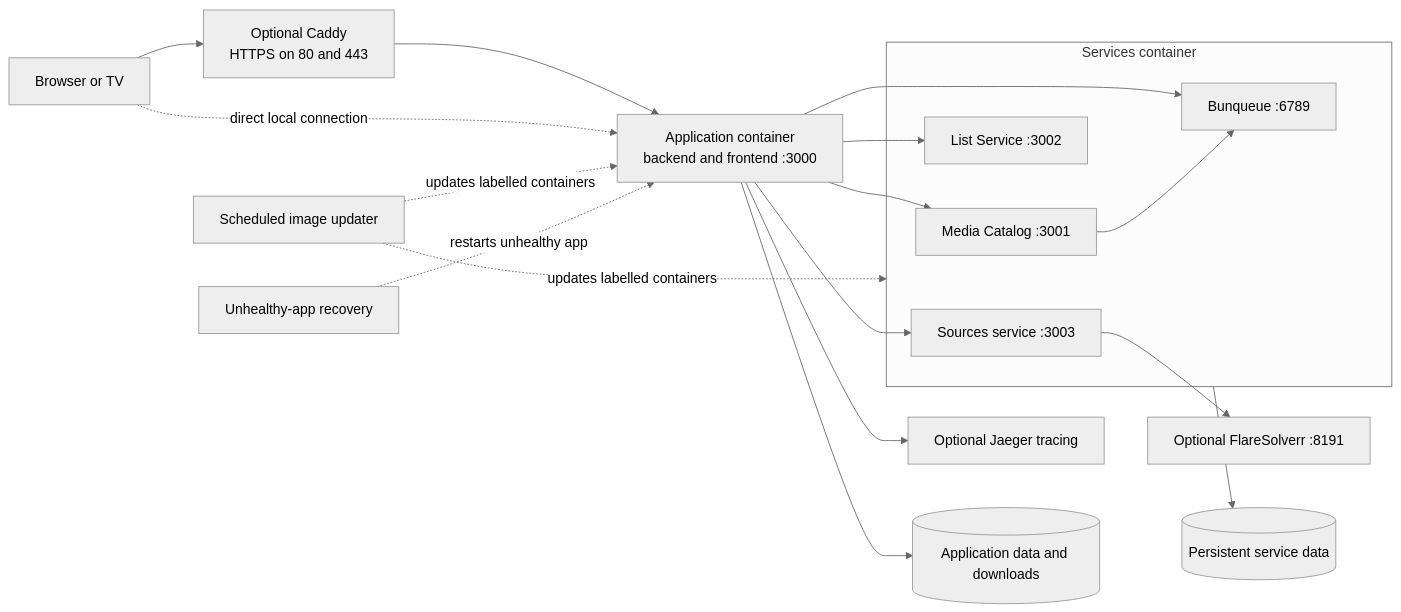
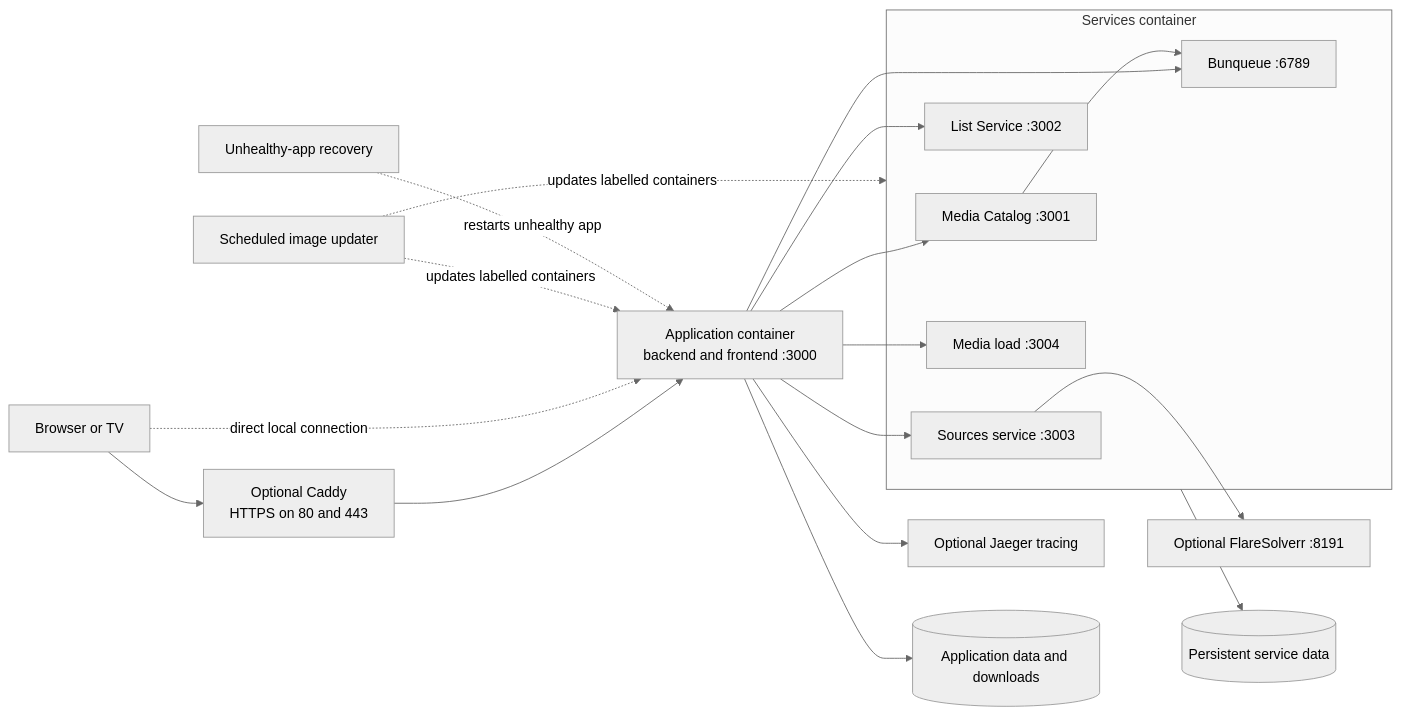
The seventh of 7 diagrams in docs/architecture/diagrams.md (maury91/miauflix), drawn with Mermaid (neutral theme) before and after one commit. The commit also changed 53 other files, not shown here.

First line of the commit message:
Feat/media load service (#83)

````diff
--- a/docs/architecture/diagrams.md
+++ b/docs/architecture/diagrams.md
@@ -287,35 +287,37 @@
 ```mermaid
 flowchart LR
   Device[Browser or TV]
   Caddy[Optional Caddy<br/>HTTPS on 80 and 443]
   Backend[Application container<br/>backend and frontend :3000]
 
   subgraph Services[Services container]
     Catalog[Media Catalog :3001]
     Lists[List Service :3002]
     Sources[Sources service :3003]
+    MediaLoad[Media load :3004]
     Queue[Bunqueue :6789]
   end
 
   Solver[Optional FlareSolverr :8191]
   Tracing[Optional Jaeger tracing]
   Updater[Scheduled image updater]
   Recovery[Unhealthy-app recovery]
 
   Device --> Caddy
   Caddy --> Backend
   Device -. direct local connection .-> Backend
   Backend --> Catalog
   Backend --> Lists
   Backend --> Sources
+  Backend --> MediaLoad
   Backend --> Queue
   Backend --> Tracing
   Catalog --> Queue
   Sources --> Solver
 
   Backend --> BackendVolume[(Application data and downloads)]
   Services --> ServiceVolume[(Persistent service data)]
   Updater -. updates labelled containers .-> Backend
   Updater -. updates labelled containers .-> Services
   Recovery -. restarts unhealthy app .-> Backend
 ```
````
